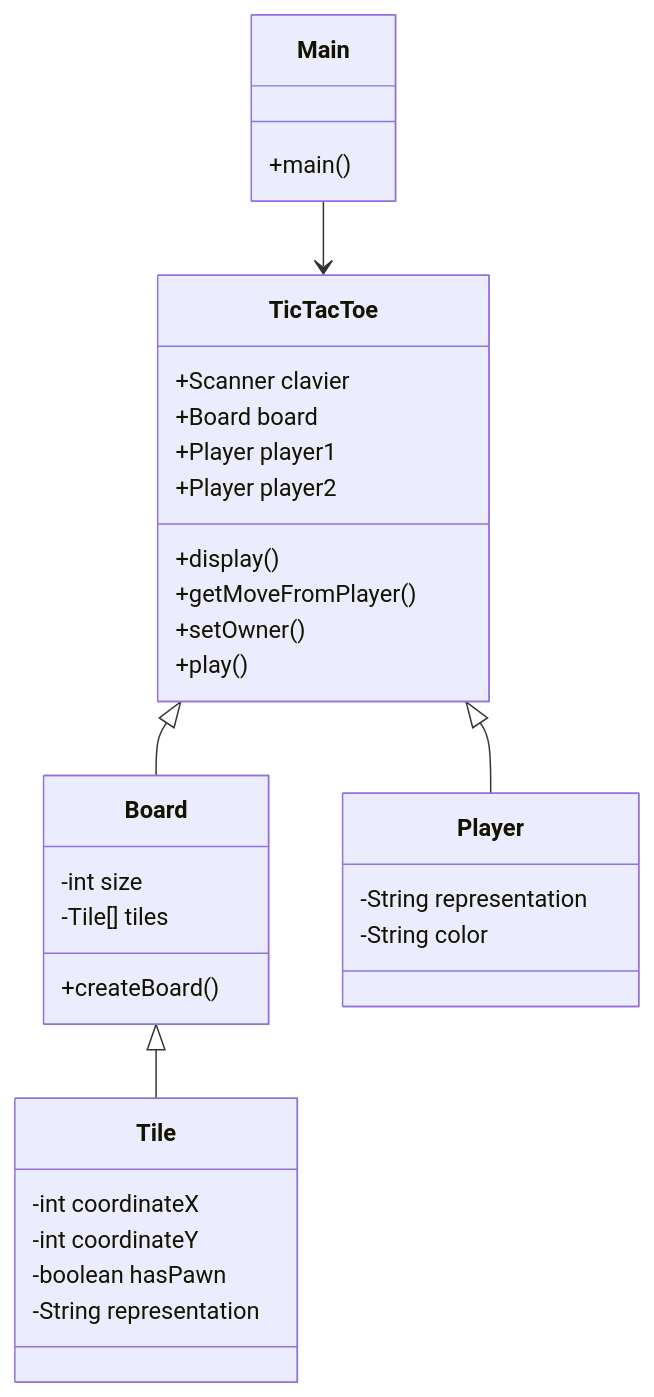
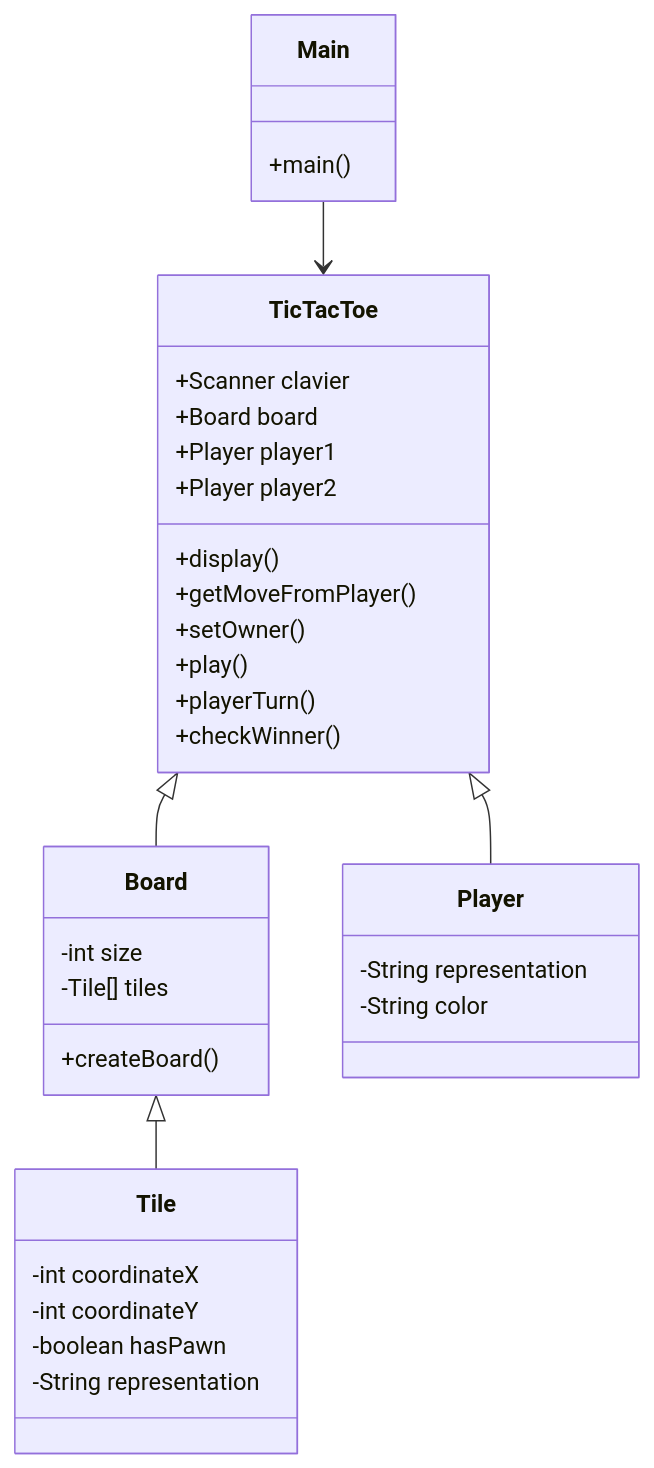
Before and after one commit to loic-job-dev/TicTacToe: the diagram in README.md, drawn with Mermaid. The commit also changed 1 other file, not shown here.

Commit message:
begining of refactoring checkWinner() method

````diff
--- a/README.md
+++ b/README.md
@@ -14,39 +14,41 @@
 ```mermaid
 classDiagram
     class Main {
         +main()
     }
     Main --> TicTacToe
 
     class TicTacToe {
         +Scanner clavier
         +Board board
         +Player player1
         +Player player2
         +display()
         +getMoveFromPlayer()
         +setOwner()
         +play()
+        +playerTurn()
+        +checkWinner()
     }
     TicTacToe <|-- Board
     TicTacToe <|-- Player
 
     class Board {
         -int size
         -Tile[] tiles
         +createBoard()
     }
     Board <|-- Tile
 
     class Tile {
         -int coordinateX
         -int coordinateY
         -boolean hasPawn
         -String representation
     }
 
     class Player {
         -String representation
         -String color
     }
 ```
````
